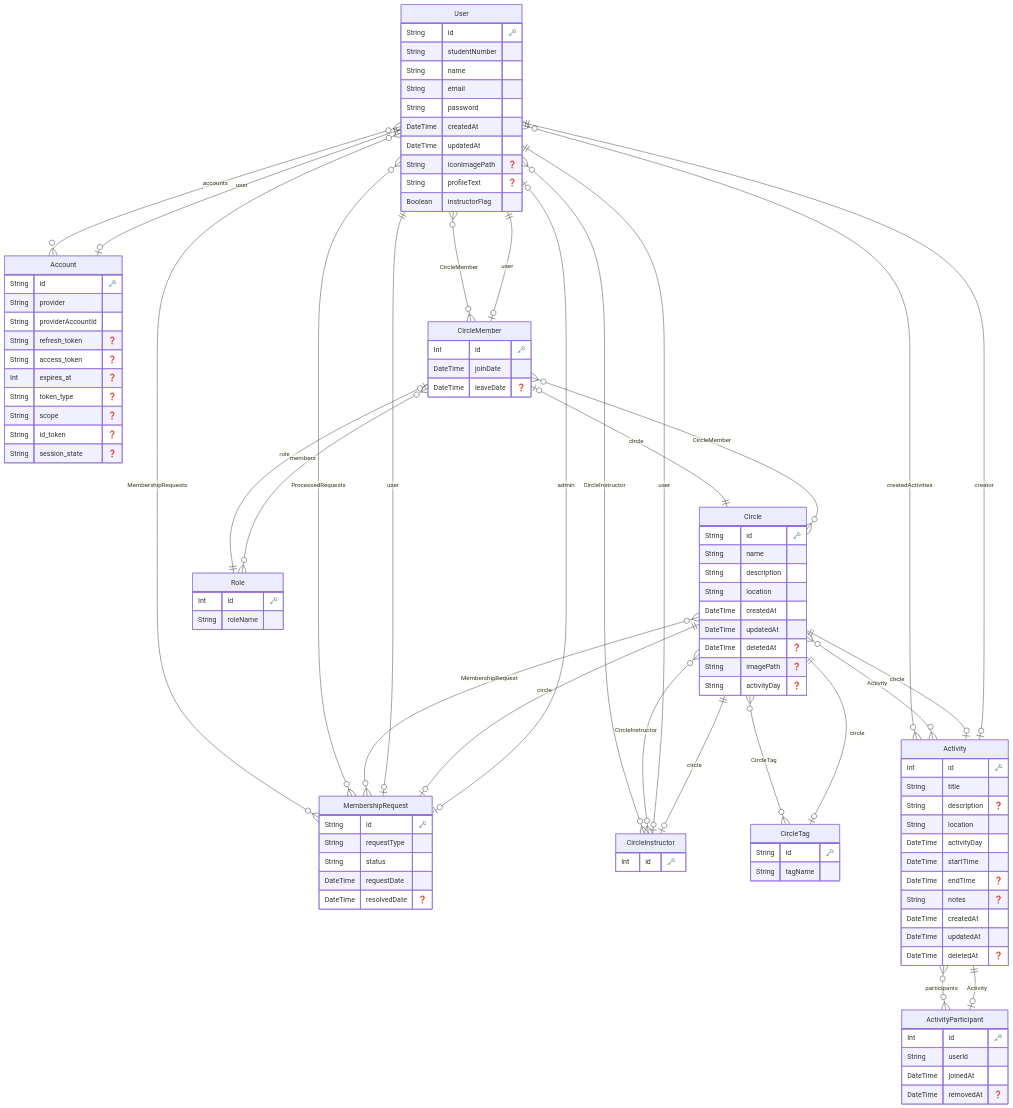
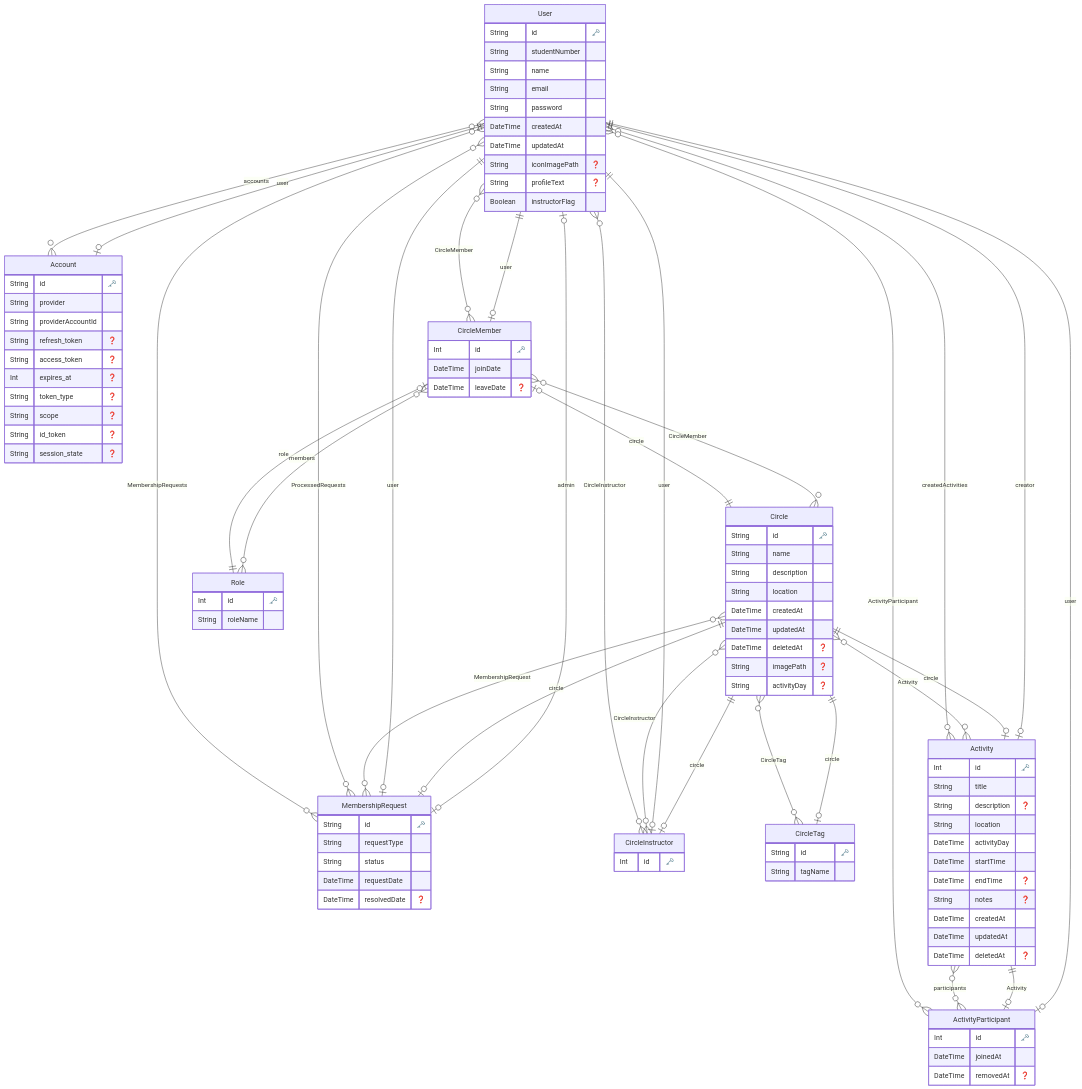
Before and after one commit to ocs-amo/amo: the diagram in prisma/ERD.md, drawn with Mermaid. The commit also changed 7 other files, not shown here.

````diff
--- a/prisma/ERD.md
+++ b/prisma/ERD.md
@@ -92,7 +92,6 @@
 
   "ActivityParticipant" {
     Int id "🗝️"
-    String userId
     DateTime joinedAt
     DateTime removedAt "❓"
     }
@@ -103,6 +102,7 @@
     "User" o{--}o "MembershipRequest" : "MembershipRequests"
     "User" o{--}o "MembershipRequest" : "ProcessedRequests"
     "User" o{--}o "Activity" : "createdActivities"
+    "User" o{--}o "ActivityParticipant" : "ActivityParticipant"
     "Account" o|--|| "User" : "user"
     "Circle" o{--}o "CircleMember" : "CircleMember"
     "Circle" o{--}o "CircleInstructor" : "CircleInstructor"
@@ -123,4 +123,5 @@
     "Activity" o|--|| "Circle" : "circle"
     "Activity" o|--|| "User" : "creator"
     "ActivityParticipant" o|--|| "Activity" : "Activity"
+    "ActivityParticipant" o|--|| "User" : "user"
 ```
````
